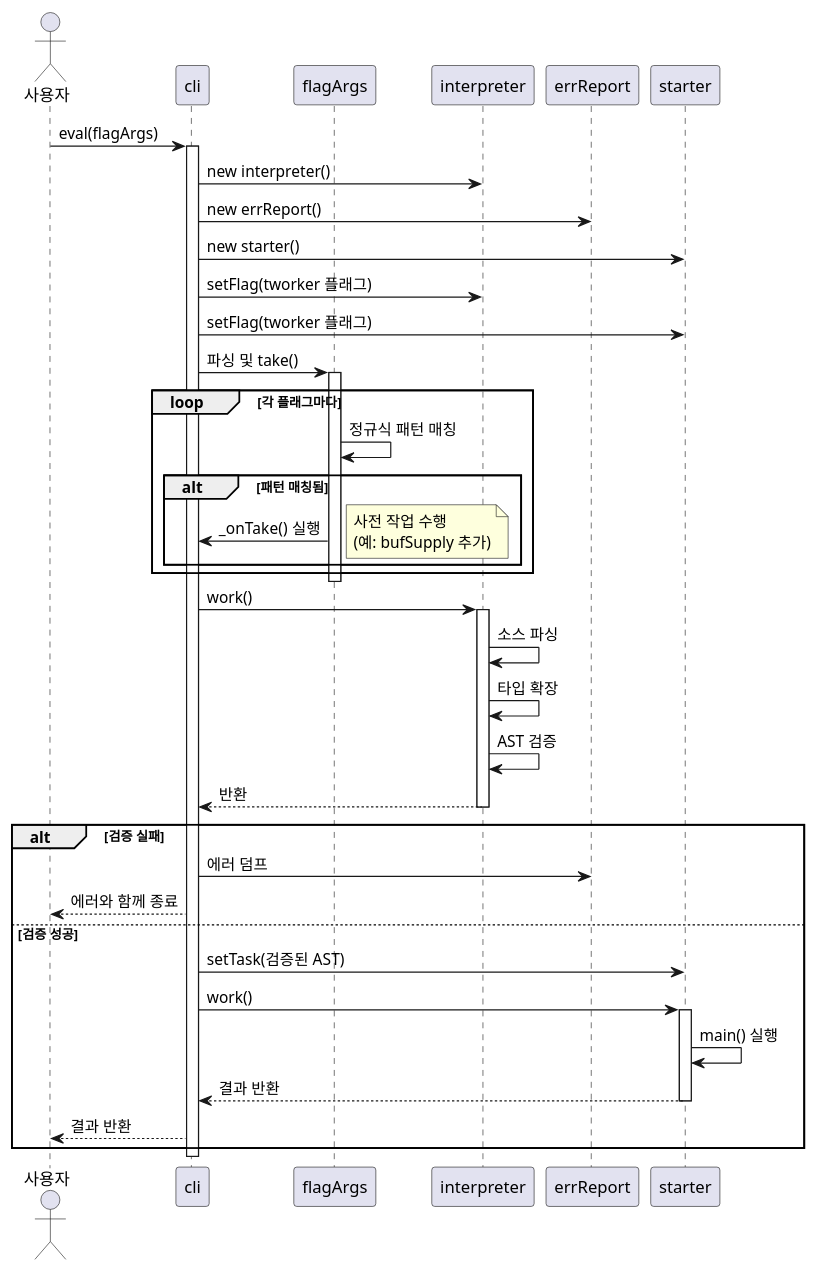
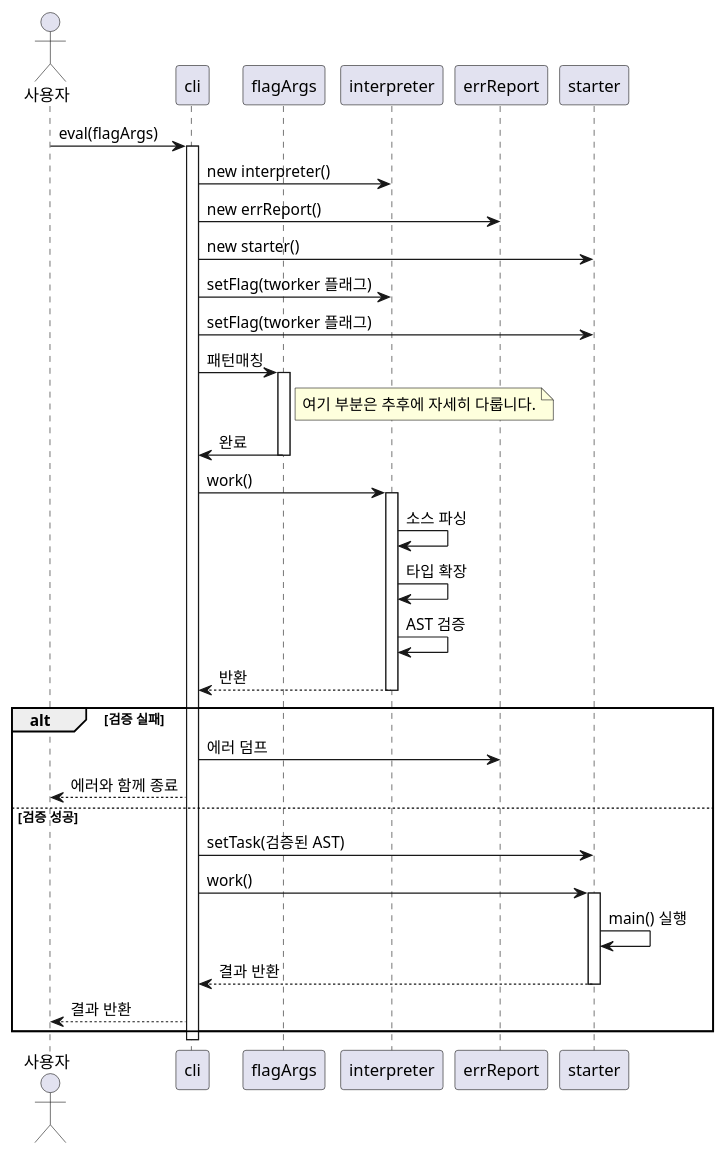
One commit to byeolang/byeol changed the second of 4 diagrams in doc/ref/ko/aj-architecture-frontend.md. Above: the diagram before and after it, drawn with PlantUML. The commit also changed other lines of this file and 1 other file, not shown here.

```diff
--- a/doc/ref/ko/aj-architecture-frontend.md
+++ b/doc/ref/ko/aj-architecture-frontend.md
@@ -32,56 +73,50 @@
 @startuml
 actor 사용자
 participant "cli" as cli
 participant "flagArgs" as flags
 participant "interpreter" as ip
 participant "errReport" as report
 participant "starter" as st
 
 사용자 -> cli : eval(flagArgs)
 activate cli
 
 cli -> ip : new interpreter()
 cli -> report : new errReport()
 cli -> st : new starter()
 
 cli -> ip : setFlag(tworker 플래그)
 cli -> st : setFlag(tworker 플래그)
 
-cli -> flags : 파싱 및 take()
+cli -> flags : 패턴매칭
 activate flags
-loop 각 플래그마다
-    flags -> flags : 정규식 패턴 매칭
-    alt 패턴 매칭됨
-        flags -> cli : _onTake() 실행
-        note right
-          사전 작업 수행
-          (예: bufSupply 추가)
-        end note
-    end
-end
+note right of flags
+  여기 부분은 추후에 자세히 다룹니다.
+end note
+flags -> cli: 완료
 deactivate flags
 
 cli -> ip : work()
 activate ip
 ip -> ip : 소스 파싱
 ip -> ip : 타입 확장
 ip -> ip : AST 검증
 ip --> cli : 반환
 deactivate ip
 
 alt 검증 실패
     cli -> report : 에러 덤프
     cli --> 사용자 : 에러와 함께 종료
 else 검증 성공
     cli -> st : setTask(검증된 AST)
     cli -> st : work()
     activate st
     st -> st : main() 실행
     st --> cli : 결과 반환
     deactivate st
 
     cli --> 사용자 : 결과 반환
 end
 
 deactivate cli
 @enduml
```
